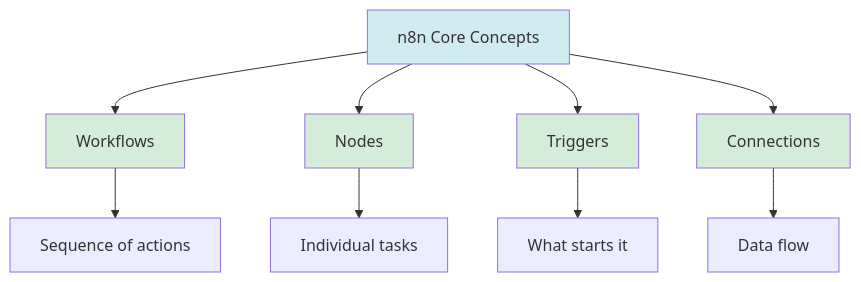
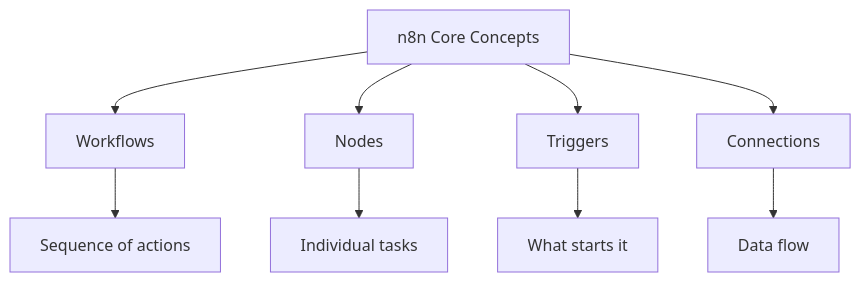
The first of 11 diagrams in lessons/01-foundations/theory/03-how-it-works.md (wtoloza-dev/ZTH-n8n-Engineer), drawn with Mermaid before and after one commit. The commit also changed other lines of this file and 31 other files, not shown here.

````diff
--- a/lessons/01-foundations/theory/03-how-it-works.md
+++ b/lessons/01-foundations/theory/03-how-it-works.md
@@ -11,18 +11,12 @@
 ```mermaid
 graph TD
     A[n8n Core Concepts] --> B[Workflows]
     A --> C[Nodes]
     A --> D[Triggers]
     A --> E[Connections]
     
     B --> B1[Sequence of actions]
     C --> C1[Individual tasks]
     D --> D1[What starts it]
     E --> E1[Data flow]
-    
-    style A fill:#d1ecf1
-    style B fill:#d4edda
-    style C fill:#d4edda
-    style D fill:#d4edda
-    style E fill:#d4edda
 ```
````
